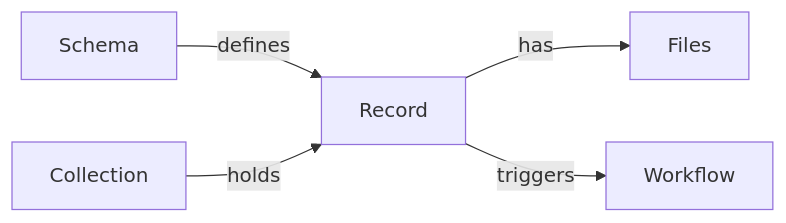
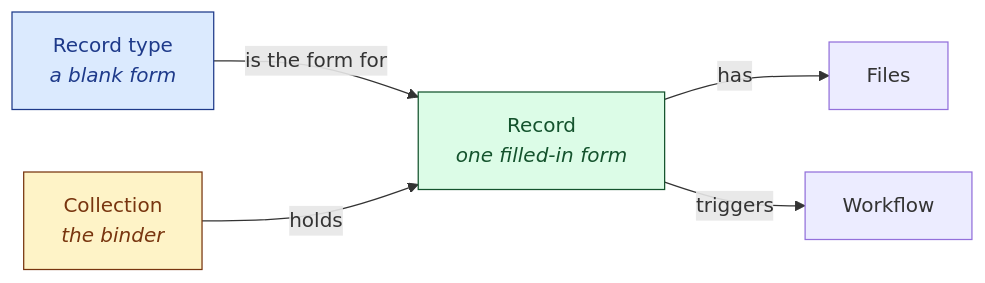
Before and after one commit to sullivan-james/civex-service: the diagram in docs/index.md, drawn with Mermaid. The commit also changed other lines of this file and 66 other files, not shown here.

First line of the commit message:
Record types, one survey example, and an AI that guides

````diff
--- a/docs/index.md
+++ b/docs/index.md
@@ -27,7 +28,10 @@
 ```mermaid
 flowchart LR
-    S[Schema] -->|defines| R[Record]
-    C[Collection] -->|holds| R
+    T["Record type<br/><i>a blank form</i>"]:::rt -->|is the form for| R["Record<br/><i>one filled-in form</i>"]:::rec
+    C["Collection<br/><i>the binder</i>"]:::coll -->|holds| R
     R -->|has| F[Files]
     R -->|triggers| W[Workflow]
+    classDef rt fill:#dbeafe,stroke:#1e3a8a,color:#1e3a8a
+    classDef coll fill:#fef3c7,stroke:#78350f,color:#78350f
+    classDef rec fill:#dcfce7,stroke:#14532d,color:#14532d
 ```
````
